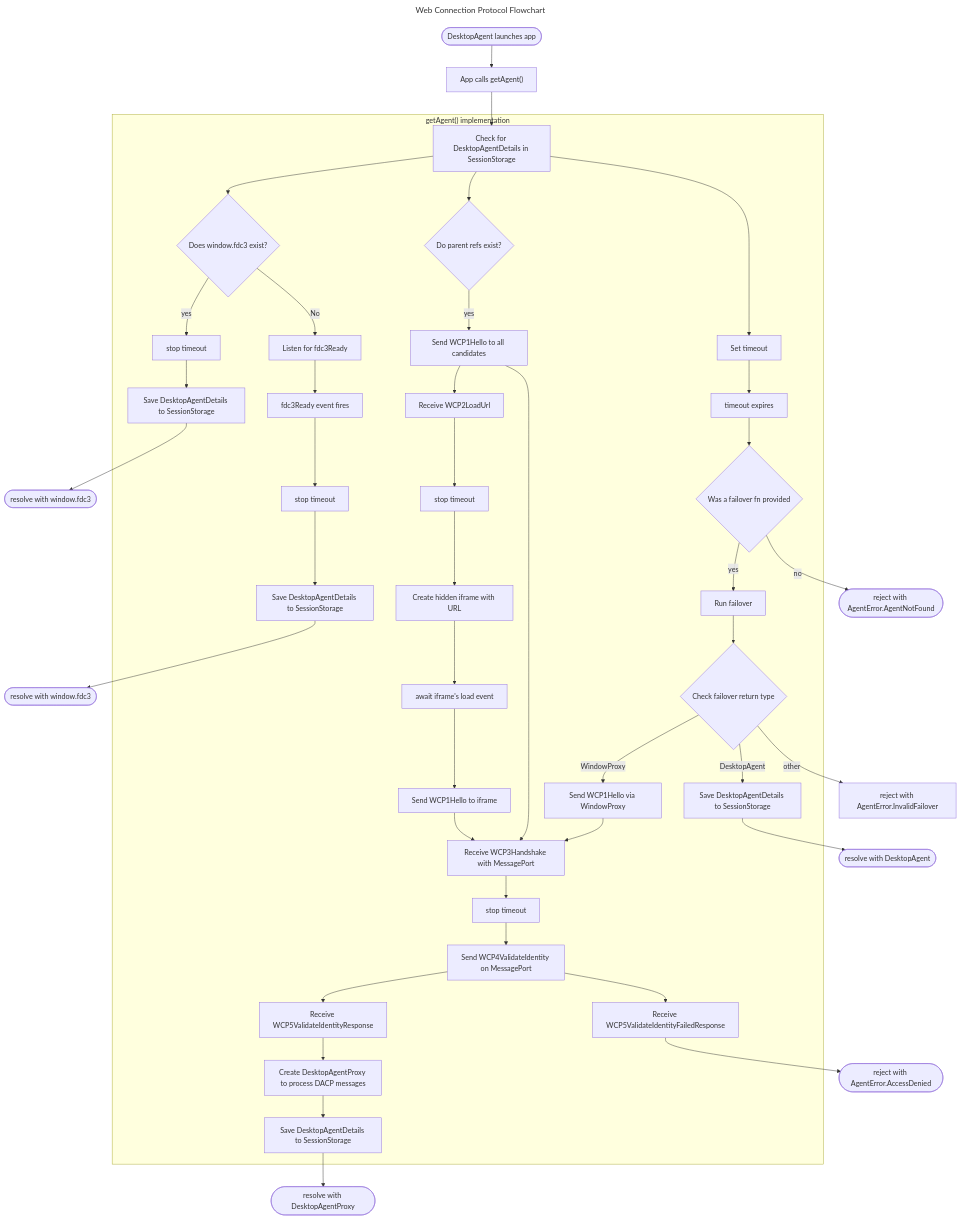
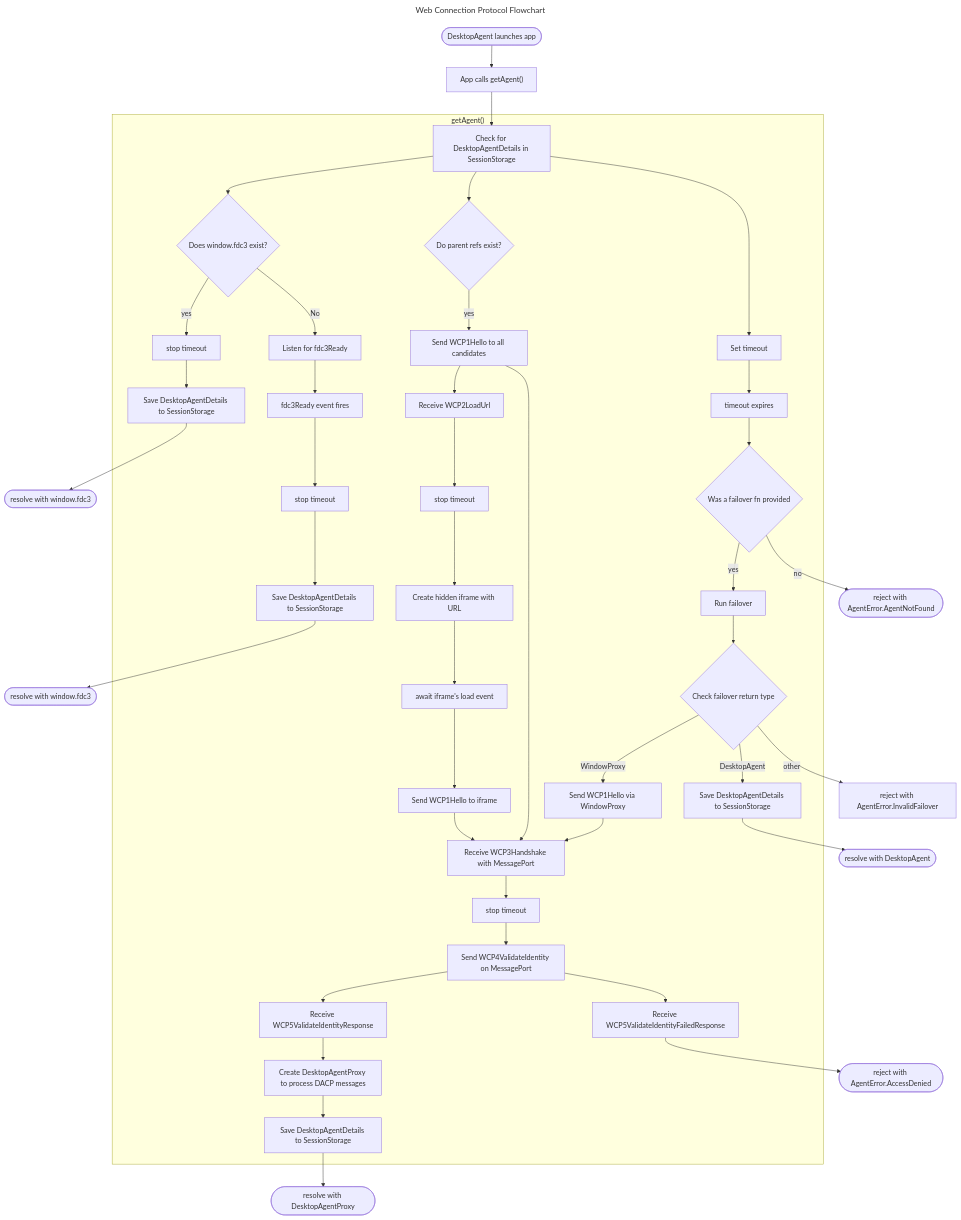
The first of 2 diagrams in docs/api/specs/webConnectionProtocol.md (finos/FDC3), drawn with Mermaid before and after one commit. The commit also changed 1 other file, not shown here.

Commit message:
more minor WCP flow diagram tweaks

````diff
--- a/docs/api/specs/webConnectionProtocol.md
+++ b/docs/api/specs/webConnectionProtocol.md
@@ -263,50 +263,50 @@
 ```mermaid
 ---
 title: "Web Connection Protocol Flowchart" 
 ---
-flowchart TD
+flowchart TB
     A1([DesktopAgent launches app]) --> A2["App calls getAgent()"]
-    A2 --> A3["Check for DesktopAgentDetails in SessionStorage"]
+    A2 --> A3
 
-    subgraph "getAgent() implementation"
-      A3 --> P1{"Does window.fdc3 exist?"}
+    subgraph getAgent ["getAgent()"]
+      A3["Check for DesktopAgentDetails in SessionStorage"] --> P1{"Does window.fdc3 exist?"}
       P1 -->|yes|P2["stop timeout"]
       P2 --> P21["Save DesktopAgentDetails to SessionStorage"]
       P1 -->|No|P3["Listen for fdc3Ready"]
       P3 --> P31["fdc3Ready event fires"]
       P31 --> P32["stop timeout"]
       P32 --> P33["Save DesktopAgentDetails to SessionStorage"]
       
       A3 --> B1{"Do parent refs exist?"}
       B1 -->|yes|B11["Send WCP1Hello to all candidates"]
       B11 --> B2["Receive WCP2LoadUrl"]
       B2 --> B21["stop timeout"]
       B21 --> B22["Create hidden iframe with URL"]
       B22 --> B23["await iframe's load event"]
       B23 --> B24["Send WCP1Hello to iframe"]
       B24 --> B3["Receive WCP3Handshake with MessagePort"]
       B3 --> B31["stop timeout"]
       B11 --> B3
       B31 --> B32["Send WCP4ValidateIdentity on MessagePort"]
       B32 --> B321["Receive WCP5ValidateIdentityResponse"]
       B321 --> B3211["Create DesktopAgentProxy to process DACP messages"]
       B3211 --> B3212["Save DesktopAgentDetails to SessionStorage"]
       B32 --> B322["Receive WCP5ValidateIdentityFailedResponse"]
       
       A3 --> T1["Set timeout"]
       T1 --> T2["timeout expires"]
       T2 --> T3{"Was a failover fn provided"}
       T3 -->|yes|T31["Run failover"]
       T31 --> T311{"Check failover return type"}
       T311 -->|WindowProxy|T3111["Send WCP1Hello via WindowProxy"]
       T311 -->|DesktopAgent|T3112["Save DesktopAgentDetails to SessionStorage"]
       T3111 --> B3
     end
     P21 -->P22(["resolve with window.fdc3"])
     P33 -->P34(["resolve with window.fdc3"])
     B3212 --> B3213(["resolve with DesktopAgentProxy"])
     B322 --> B3221(["reject with AgentError.AccessDenied"])
     T3112 --> T31121(["resolve with DesktopAgent"])
     T3 -->|no|T32(["reject with AgentError.AgentNotFound"])
     T311 -->|other|T3113["reject with AgentError.InvalidFailover"]
 ```
````
